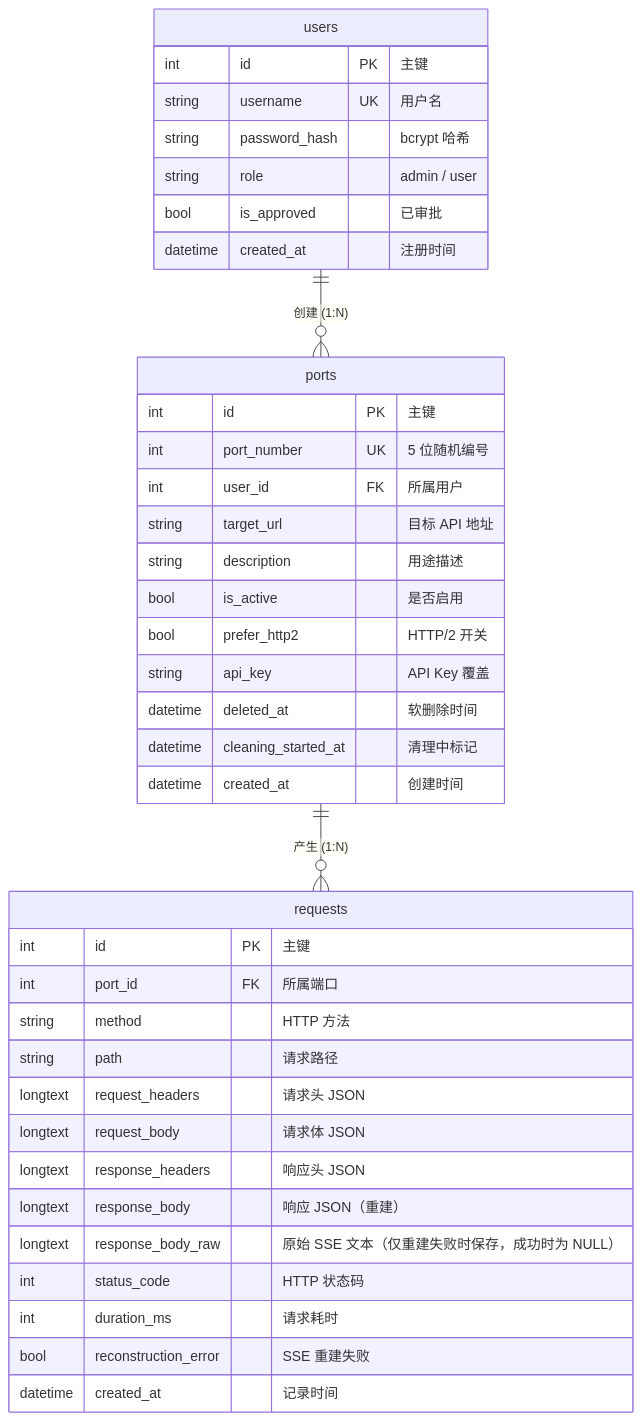
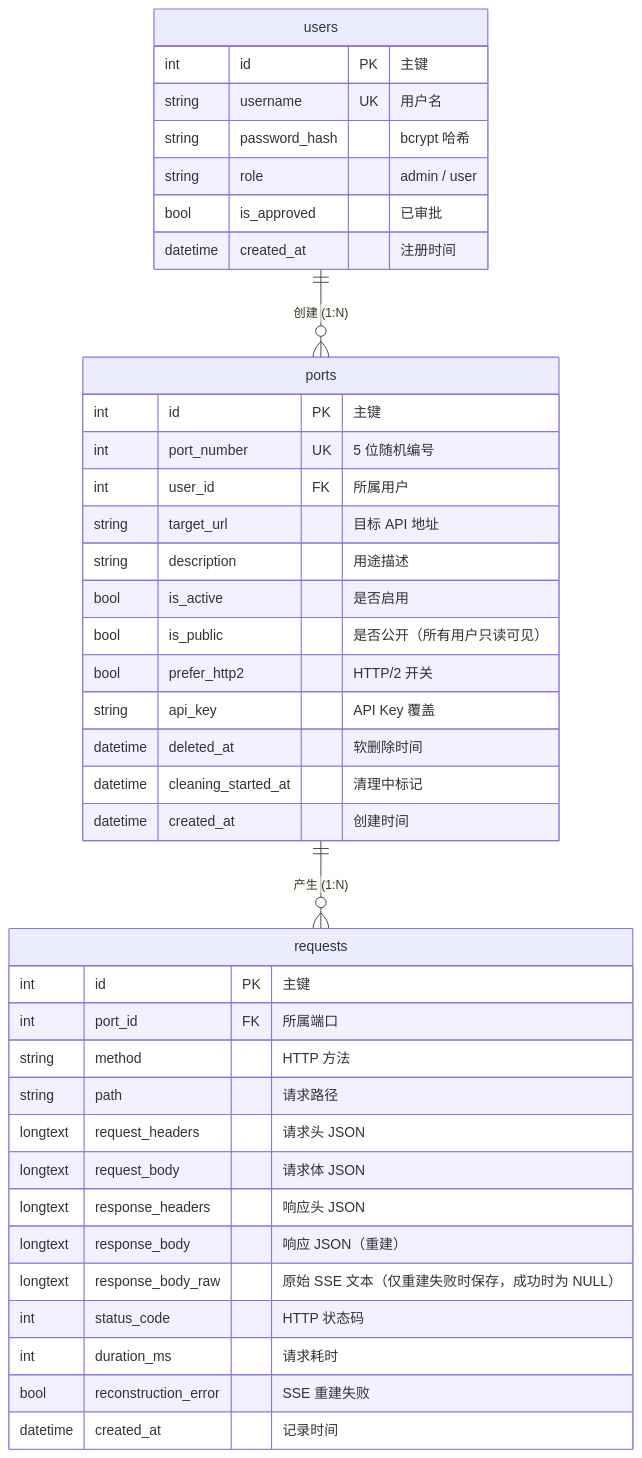
Before and after one commit to HaoCheng-Wang/llm-proxy: diagram 12 of 31 in README.md, drawn with Mermaid. The commit also changed other lines of this file and 9 other files, not shown here.

First line of the commit message:
feat: 代理公开（public）可见性——所有用户只读可见，含创建者名字

````diff
--- a/README.md
+++ b/README.md
@@ -933,44 +934,45 @@
 ```mermaid
 erDiagram
     users ||--o{ ports : "创建 (1:N)"
     ports ||--o{ requests : "产生 (1:N)"
 
     users {
         int id PK "主键"
         string username UK "用户名"
         string password_hash "bcrypt 哈希"
         string role "admin / user"
         bool is_approved "已审批"
         datetime created_at "注册时间"
     }
 
     ports {
         int id PK "主键"
         int port_number UK "5 位随机编号"
         int user_id FK "所属用户"
         string target_url "目标 API 地址"
         string description "用途描述"
         bool is_active "是否启用"
+        bool is_public "是否公开（所有用户只读可见）"
         bool prefer_http2 "HTTP/2 开关"
         string api_key "API Key 覆盖"
         datetime deleted_at "软删除时间"
         datetime cleaning_started_at "清理中标记"
         datetime created_at "创建时间"
     }
 
     requests {
         int id PK "主键"
         int port_id FK "所属端口"
         string method "HTTP 方法"
         string path "请求路径"
         longtext request_headers "请求头 JSON"
         longtext request_body "请求体 JSON"
         longtext response_headers "响应头 JSON"
         longtext response_body "响应 JSON（重建）"
         longtext response_body_raw "原始 SSE 文本（仅重建失败时保存，成功时为 NULL）"
         int status_code "HTTP 状态码"
         int duration_ms "请求耗时"
         bool reconstruction_error "SSE 重建失败"
         datetime created_at "记录时间"
     }
 ```
````
